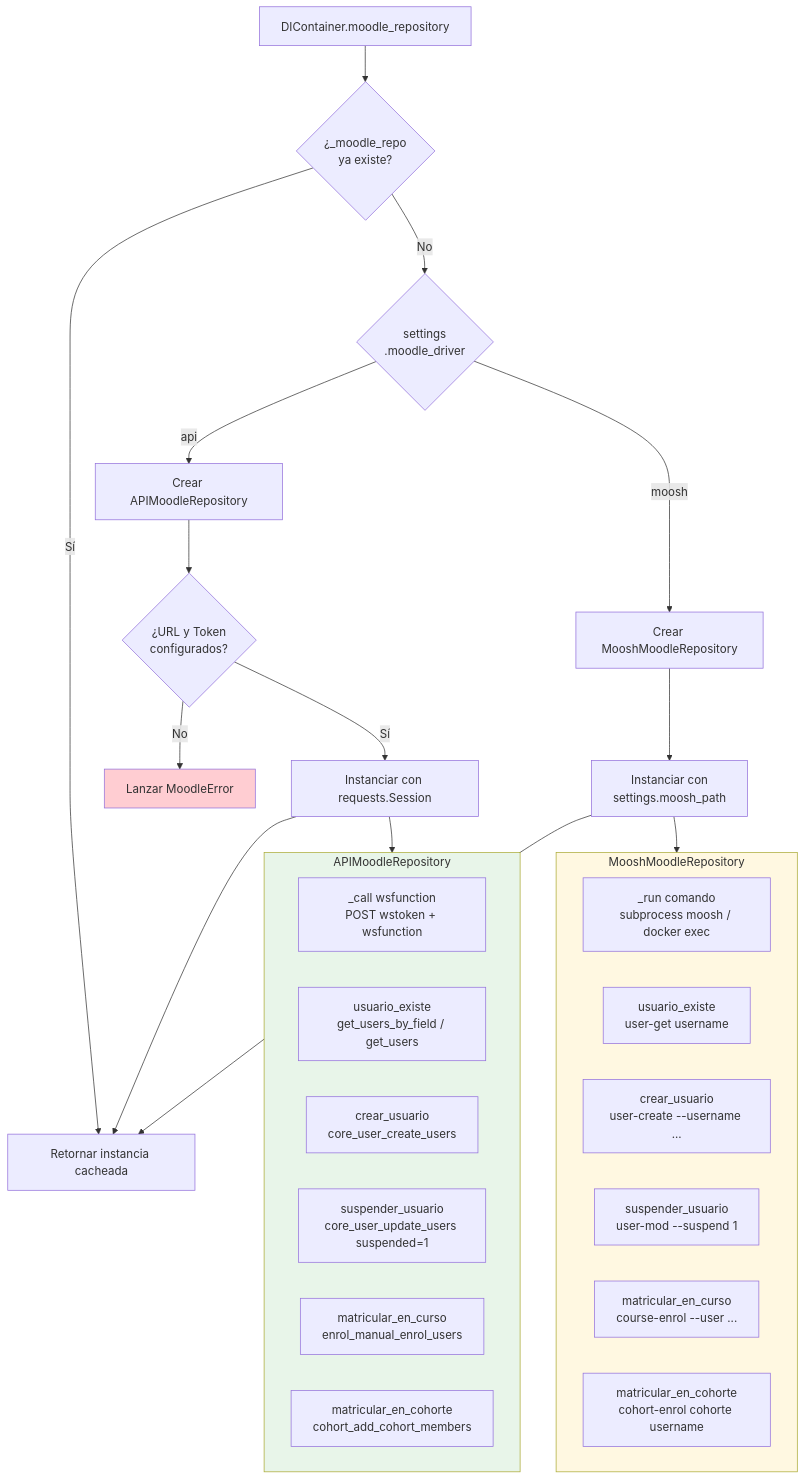
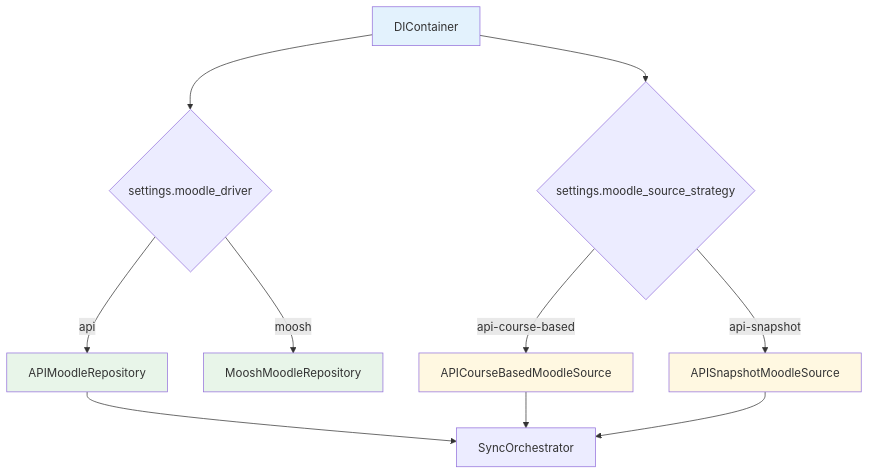
One commit to FPVirtual/fp-virtual-gestion-alumnos changed the eighth of 10 diagrams in docus/flujos.md. Above: the diagram before and after it, drawn with Mermaid. The commit also changed other lines of this file and 25 other files, not shown here.

````diff
--- a/docus/flujos.md
+++ b/docus/flujos.md
@@ -253,42 +318,18 @@
 ```mermaid
 flowchart TD
-    A[DIContainer.moodle_repository] --> B{¿_moodle_repo<br/>ya existe?}
-    B -->|Sí| C[Retornar instancia cacheada]
-    B -->|No| D{settings<br/>.moodle_driver}
+    A[DIContainer] --> B{settings.moodle_driver}
+    B -->|api| C[APIMoodleRepository]
+    B -->|moosh| D[MooshMoodleRepository]
 
-    D -->|api| E[Crear APIMoodleRepository]
-    D -->|moosh| F[Crear MooshMoodleRepository]
+    A --> E{settings.moodle_source_strategy}
+    E -->|api-course-based| F[APICourseBasedMoodleSource]
+    E -->|api-snapshot| G[APISnapshotMoodleSource]
 
-    E --> E1{¿URL y Token<br/>configurados?}
-    E1 -->|No| E2[Lanzar MoodleError]
-    E1 -->|Sí| E3[Instanciar con requests.Session]
-    E3 --> C
+    C & F & G --> H[SyncOrchestrator]
 
-    F --> F1[Instanciar con<br/>settings.moosh_path]
-    F1 --> C
-
-    subgraph APIMoodle["APIMoodleRepository"]
-        API1["_call wsfunction<br/>POST wstoken + wsfunction"]
-        API2["usuario_existe<br/>get_users_by_field / get_users"]
-        API3["crear_usuario<br/>core_user_create_users"]
-        API4["suspender_usuario<br/>core_user_update_users suspended=1"]
-        API5["matricular_en_curso<br/>enrol_manual_enrol_users"]
-        API6["matricular_en_cohorte<br/>cohort_add_cohort_members"]
-    end
-
-    subgraph MooshMoodle["MooshMoodleRepository"]
-        MOO1["_run comando<br/>subprocess moosh / docker exec"]
-        MOO2["usuario_existe<br/>user-get username"]
-        MOO3["crear_usuario<br/>user-create --username ..."]
-        MOO4["suspender_usuario<br/>user-mod --suspend 1"]
-        MOO5["matricular_en_curso<br/>course-enrol --user ..."]
-        MOO6["matricular_en_cohorte<br/>cohort-enrol cohorte username"]
-    end
-
-    E3 --> APIMoodle
-    F1 --> MooshMoodle
-
-    style APIMoodle fill:#e8f5e9
-    style MooshMoodle fill:#fff8e1
-    style E2 fill:#ffcdd2
+    style A fill:#e3f2fd
+    style C fill:#e8f5e9
+    style D fill:#e8f5e9
+    style F fill:#fff8e1
+    style G fill:#fff8e1
 ```
````
